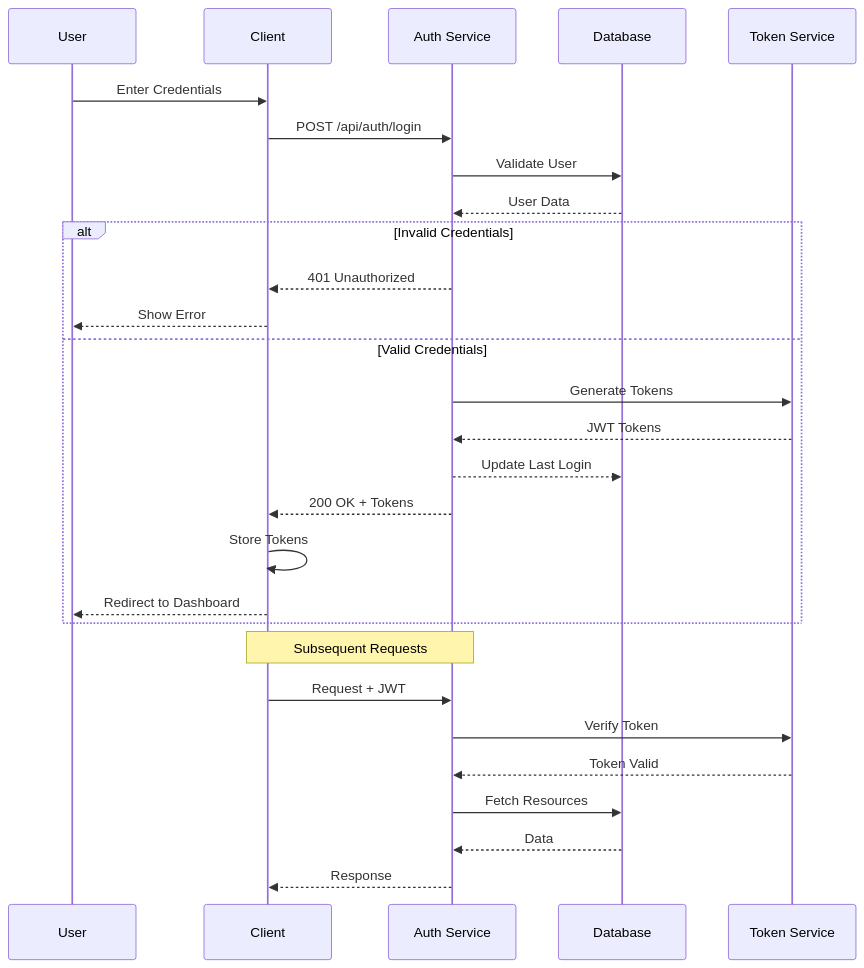
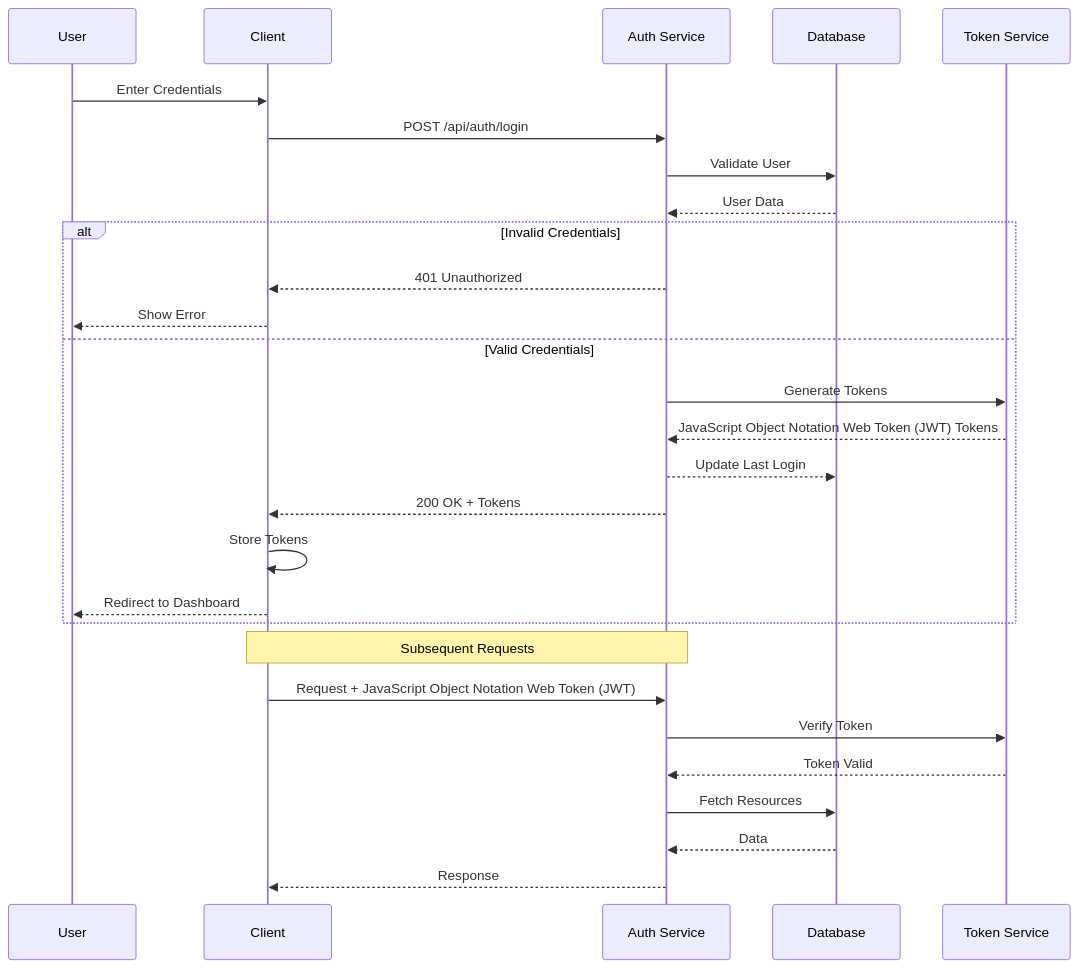
Before and after one commit to Austinkuria/attendance-system: the sixth of 9 diagrams in documentation.md, drawn with Mermaid. The commit also changed other lines of this file, not shown here.

````diff
--- a/documentation.md
+++ b/documentation.md
@@ -1074,33 +1074,33 @@
 ```mermaid
 sequenceDiagram
     participant U as User
     participant C as Client
     participant A as Auth Service
     participant D as Database
     participant T as Token Service
     
     U->>C: Enter Credentials
     C->>A: POST /api/auth/login
     A->>D: Validate User
     D-->>A: User Data
     
     alt Invalid Credentials
         A-->>C: 401 Unauthorized
         C-->>U: Show Error
     else Valid Credentials
         A->>T: Generate Tokens
-        T-->>A: JWT Tokens
+        T-->>A: JavaScript Object Notation Web Token (JWT) Tokens
         A-->>D: Update Last Login
         A-->>C: 200 OK + Tokens
         C->>C: Store Tokens
         C-->>U: Redirect to Dashboard
     end
     
     Note over C,A: Subsequent Requests
-    C->>A: Request + JWT
+    C->>A: Request + JavaScript Object Notation Web Token (JWT)
     A->>T: Verify Token
     T-->>A: Token Valid
     A->>D: Fetch Resources
     D-->>A: Data
     A-->>C: Response
 ```
````
